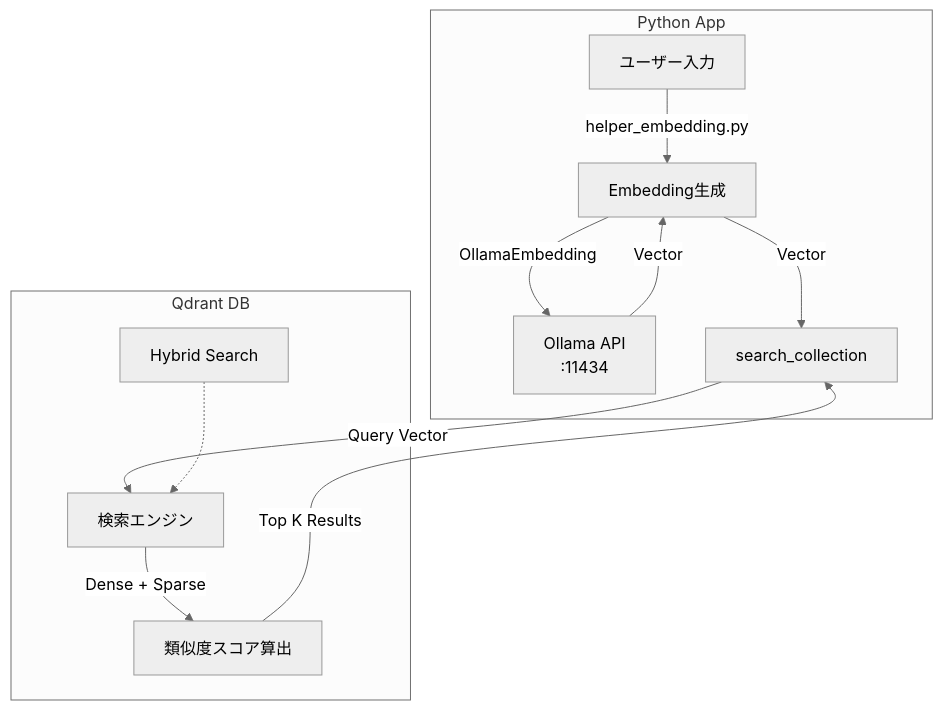
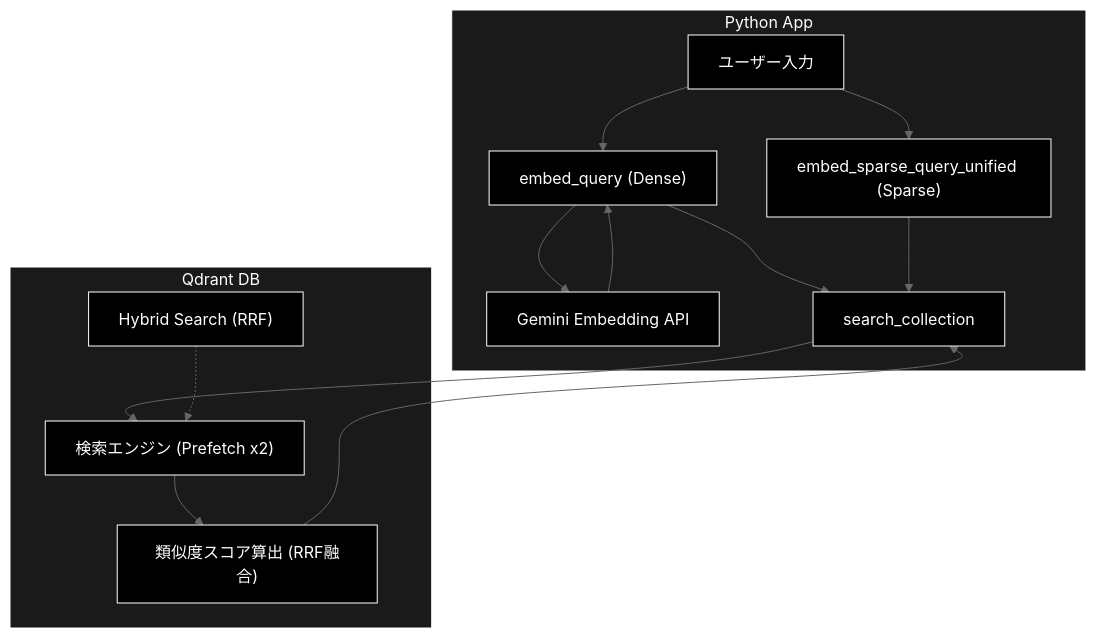
The eighth of 10 diagrams in readme_react_reflection.md (nakashima2toshio/ollama_grace_agent_v2), drawn with Mermaid (neutral theme) before and after one commit. The commit also changed other lines of this file and 7 other files, not shown here.

````diff
--- a/readme_react_reflection.md
+++ b/readme_react_reflection.md
@@ -717,16 +812,23 @@
 ```mermaid
 graph TD
-    subgraph Python App
-        Query[ユーザー入力] --> |helper_embedding.py| Embed[Embedding生成]
-        Embed --> |OllamaEmbedding| API[Ollama API\n:11434]
-        API --> |Vector| Embed
-        Embed --> |Vector| Search[search_collection]
+    subgraph PythonApp ["Python App"]
+        Query["ユーザー入力"] --> Embed["embed_query (Dense)"]
+        Embed --> EmbedAPI["Gemini Embedding API"]
+        EmbedAPI --> Embed
+        Query --> Sparse["embed_sparse_query_unified (Sparse)"]
+        Embed --> Search["search_collection"]
+        Sparse --> Search
     end
 
-    subgraph Qdrant DB
-        Search --> |Query Vector| Engine[検索エンジン]
-        Config[Hybrid Search] -.-> Engine
-        Engine --> |Dense + Sparse| Score[類似度スコア算出]
-        Score --> |Top K Results| Search
+    subgraph QdrantDB ["Qdrant DB"]
+        Search --> Engine["検索エンジン (Prefetch x2)"]
+        Config["Hybrid Search (RRF)"] -.-> Engine
+        Engine --> Score["類似度スコア算出 (RRF融合)"]
+        Score --> Search
     end
+classDef default fill:#000,stroke:#fff,color:#fff
+classDef subgraphStyle fill:#1a1a1a,stroke:#fff,color:#fff
+class Query,Embed,EmbedAPI,Sparse,Search,Engine,Config,Score default
+style PythonApp fill:#1a1a1a,stroke:#fff,color:#fff
+style QdrantDB fill:#1a1a1a,stroke:#fff,color:#fff
 ```
````
